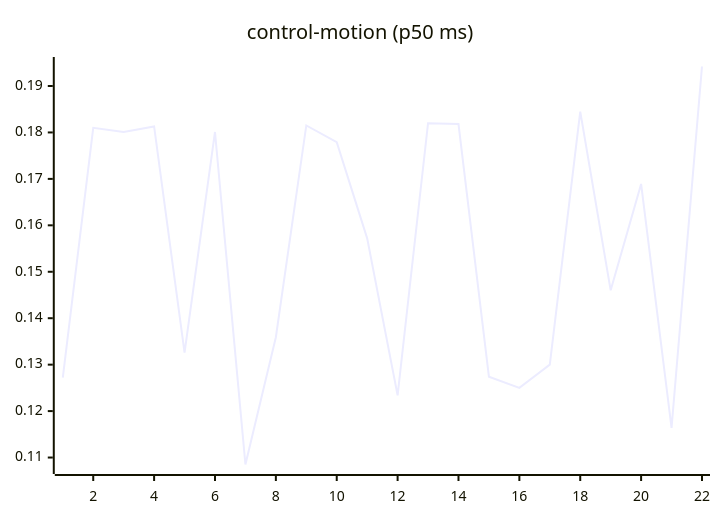
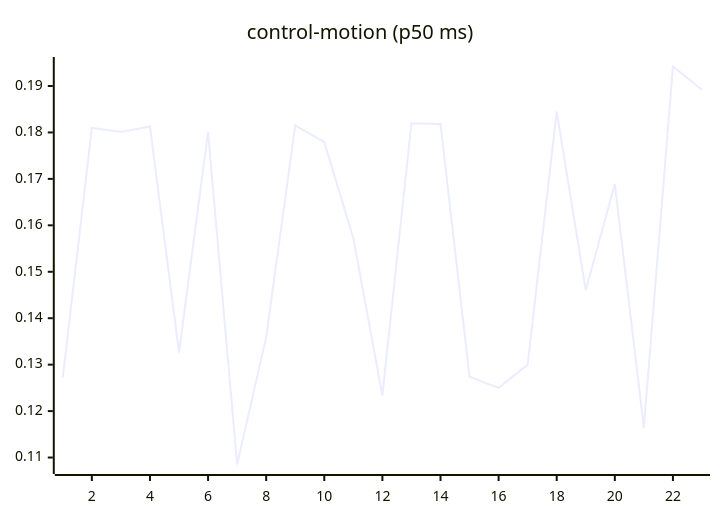
The seventh of 27 diagrams in README.md (josha/Facet), drawn with Mermaid before and after one commit. The commit also changed other lines of this file and 2 other files, not shown here.

````diff
--- a/README.md
+++ b/README.md
@@ -105,6 +105,6 @@
 ```mermaid
 xychart-beta
     title "control-motion (p50 ms)"
-    x-axis 1 --> 22
-    line [0.1272, 0.1810, 0.1801, 0.1813, 0.1326, 0.1801, 0.1085, 0.1359, 0.1815, 0.1779, 0.1572, 0.1234, 0.1820, 0.1818, 0.1274, 0.1250, 0.1300, 0.1845, 0.1460, 0.1689, 0.1164, 0.1942]
+    x-axis 1 --> 23
+    line [0.1272, 0.1810, 0.1801, 0.1813, 0.1326, 0.1801, 0.1085, 0.1359, 0.1815, 0.1779, 0.1572, 0.1234, 0.1820, 0.1818, 0.1274, 0.1250, 0.1300, 0.1845, 0.1460, 0.1689, 0.1164, 0.1942, 0.1892]
 ```
````
